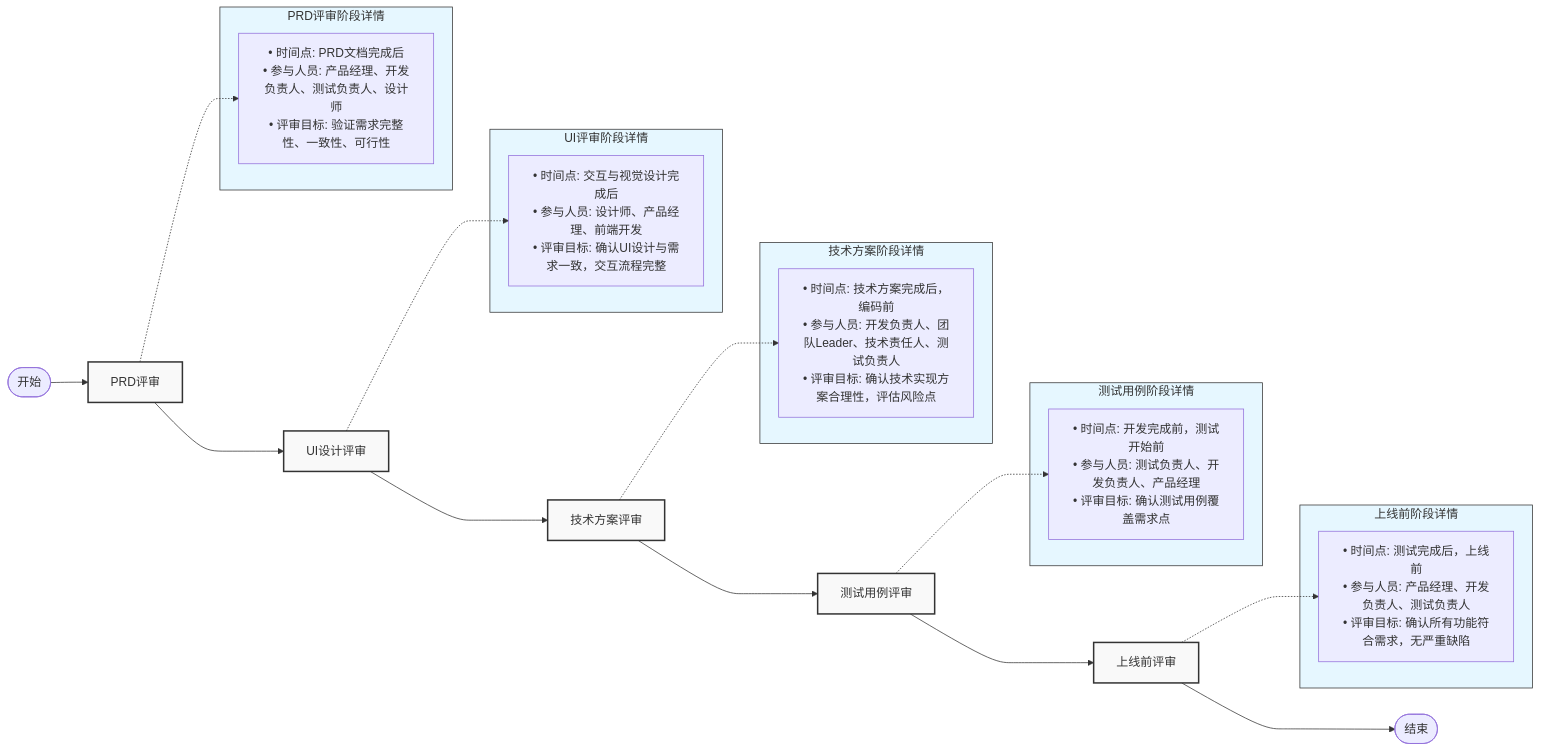
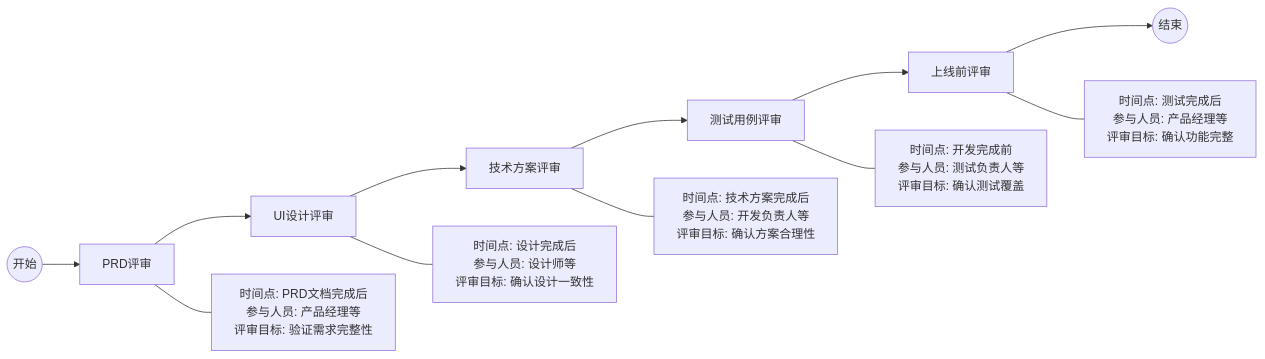
Before and after one commit to Taskon-xyz/PR: the first of 11 diagrams in 开发流程图.md, drawn with Mermaid. The commit also changed other lines of this file and 2 other files, not shown here.

````diff
--- a/开发流程图.md
+++ b/开发流程图.md
@@ -5,41 +5,15 @@
 ```mermaid
 graph LR
-    classDef phaseBox fill:#f9f9f9,stroke:#333,stroke-width:2px
-    classDef infoBox fill:#e6f7ff,stroke:#333,stroke-width:1px
-    
-    Start([开始]) --> PRD[PRD评审]
+    Start((开始)) --> PRD[PRD评审]
     PRD --> UI[UI设计评审]
     UI --> Tech[技术方案评审]
     Tech --> Test[测试用例评审]
     Test --> Launch[上线前评审]
-    Launch --> End([结束])
+    Launch --> End((结束))
     
-    PRD -.-> PRD_Info
-    UI -.-> UI_Info
-    Tech -.-> Tech_Info
-    Test -.-> Test_Info
-    Launch -.-> Launch_Info
-    
-    subgraph PRDDetails[PRD评审阶段详情]
-    PRD_Info["• 时间点: PRD文档完成后<br>• 参与人员: 产品经理、开发负责人、测试负责人、设计师<br>• 评审目标: 验证需求完整性、一致性、可行性"]
-    end
-    
-    subgraph UIDetails[UI评审阶段详情]
-    UI_Info["• 时间点: 交互与视觉设计完成后<br>• 参与人员: 设计师、产品经理、前端开发<br>• 评审目标: 确认UI设计与需求一致，交互流程完整"]
-    end
-    
-    subgraph TechDetails[技术方案阶段详情]
-    Tech_Info["• 时间点: 技术方案完成后，编码前<br>• 参与人员: 开发负责人、团队Leader、技术责任人、测试负责人<br>• 评审目标: 确认技术实现方案合理性，评估风险点"]
-    end
-    
-    subgraph TestDetails[测试用例阶段详情]
-    Test_Info["• 时间点: 开发完成前，测试开始前<br>• 参与人员: 测试负责人、开发负责人、产品经理<br>• 评审目标: 确认测试用例覆盖需求点"]
-    end
-    
-    subgraph LaunchDetails[上线前阶段详情]
-    Launch_Info["• 时间点: 测试完成后，上线前<br>• 参与人员: 产品经理、开发负责人、测试负责人<br>• 评审目标: 确认所有功能符合需求，无严重缺陷"]
-    end
-    
-    class PRDDetails,UIDetails,TechDetails,TestDetails,LaunchDetails infoBox
-    class PRD,UI,Tech,Test,Launch phaseBox
+    PRD --- PRD_Info[时间点: PRD文档完成后<br>参与人员: 产品经理等<br>评审目标: 验证需求完整性]
+    UI --- UI_Info[时间点: 设计完成后<br>参与人员: 设计师等<br>评审目标: 确认设计一致性]
+    Tech --- Tech_Info[时间点: 技术方案完成后<br>参与人员: 开发负责人等<br>评审目标: 确认方案合理性]
+    Test --- Test_Info[时间点: 开发完成前<br>参与人员: 测试负责人等<br>评审目标: 确认测试覆盖]
+    Launch --- Launch_Info[时间点: 测试完成后<br>参与人员: 产品经理等<br>评审目标: 确认功能完整]
 ```
````
